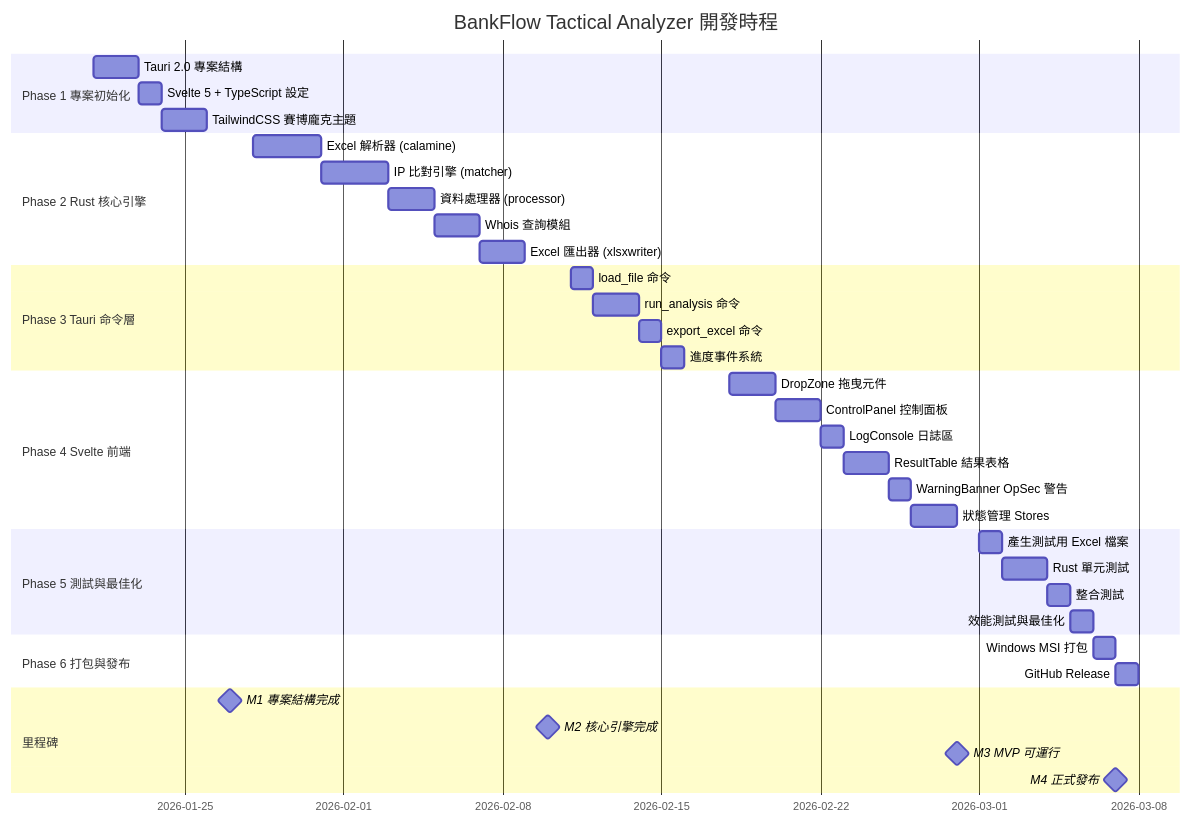
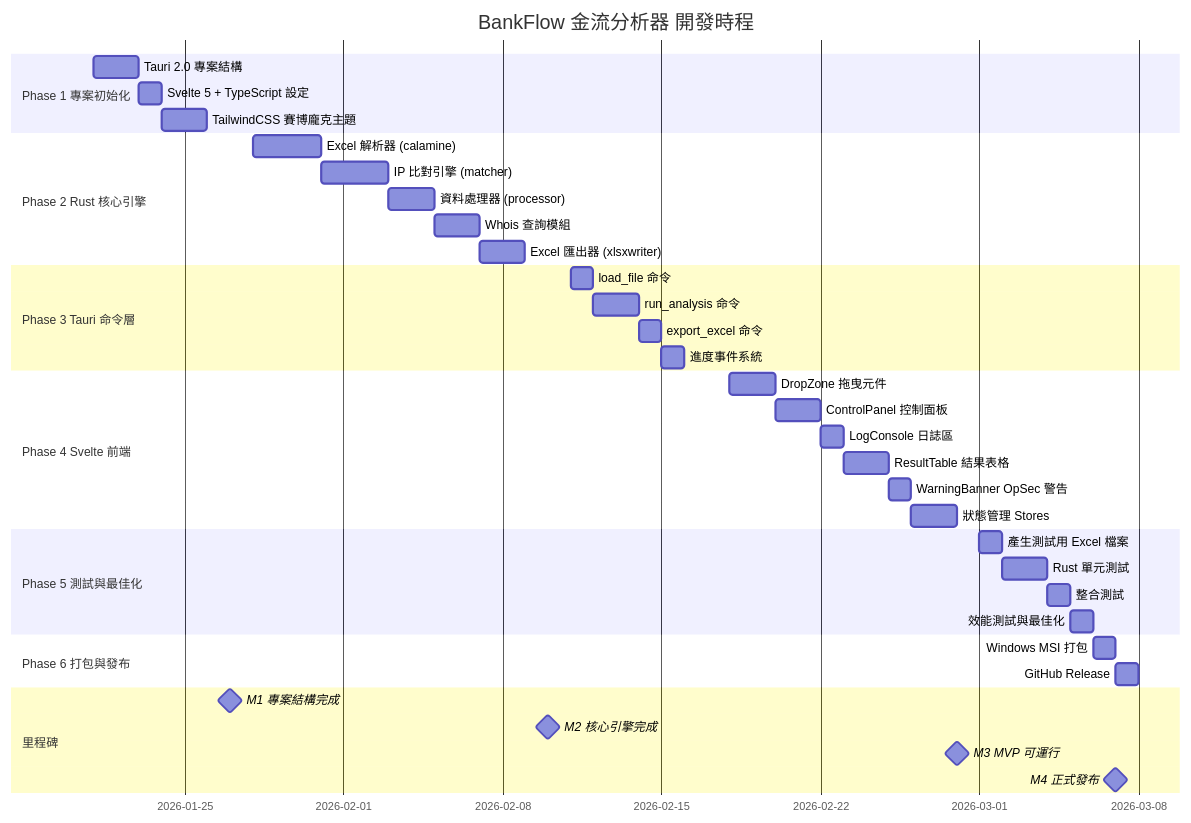
The diagram in docs/plans/ROADMAP.md (Birdman1972/BankFlow-Tactical-Analyzer), drawn with Mermaid before and after one commit. The commit also changed other lines of this file and 42 other files, not shown here.

Commit message:
rename to BankFlow 金流分析器

````diff
--- a/docs/plans/ROADMAP.md
+++ b/docs/plans/ROADMAP.md
@@ -11,47 +11,47 @@
 ```mermaid
 gantt
-    title BankFlow Tactical Analyzer 開發時程
+    title BankFlow 金流分析器 開發時程
     dateFormat  YYYY-MM-DD
 
     section Phase 1 專案初始化
     Tauri 2.0 專案結構           :p1a, 2026-01-21, 2d
     Svelte 5 + TypeScript 設定   :p1b, after p1a, 1d
     TailwindCSS 賽博龐克主題     :p1c, after p1b, 2d
 
     section Phase 2 Rust 核心引擎
     Excel 解析器 (calamine)      :p2a, 2026-01-28, 3d
     IP 比對引擎 (matcher)        :p2b, after p2a, 3d
     資料處理器 (processor)       :p2c, after p2b, 2d
     Whois 查詢模組               :p2d, after p2c, 2d
     Excel 匯出器 (xlsxwriter)    :p2e, after p2d, 2d
 
     section Phase 3 Tauri 命令層
     load_file 命令               :p3a, 2026-02-11, 1d
     run_analysis 命令            :p3b, after p3a, 2d
     export_excel 命令            :p3c, after p3b, 1d
     進度事件系統                 :p3d, after p3c, 1d
 
     section Phase 4 Svelte 前端
     DropZone 拖曳元件            :p4a, 2026-02-18, 2d
     ControlPanel 控制面板        :p4b, after p4a, 2d
     LogConsole 日誌區            :p4c, after p4b, 1d
     ResultTable 結果表格         :p4d, after p4c, 2d
     WarningBanner OpSec 警告     :p4e, after p4d, 1d
     狀態管理 Stores              :p4f, after p4e, 2d
 
     section Phase 5 測試與最佳化
     產生測試用 Excel 檔案        :p5a, 2026-03-01, 1d
     Rust 單元測試                :p5b, after p5a, 2d
     整合測試                     :p5c, after p5b, 1d
     效能測試與最佳化             :p5d, after p5c, 1d
 
     section Phase 6 打包與發布
     Windows MSI 打包             :p6a, 2026-03-06, 1d
     GitHub Release               :p6b, after p6a, 1d
 
     section 里程碑
     M1 專案結構完成              :milestone, m1, 2026-01-27, 0d
     M2 核心引擎完成              :milestone, m2, 2026-02-10, 0d
     M3 MVP 可運行                :milestone, m3, 2026-02-28, 0d
     M4 正式發布                  :milestone, m4, 2026-03-07, 0d
 ```
````
